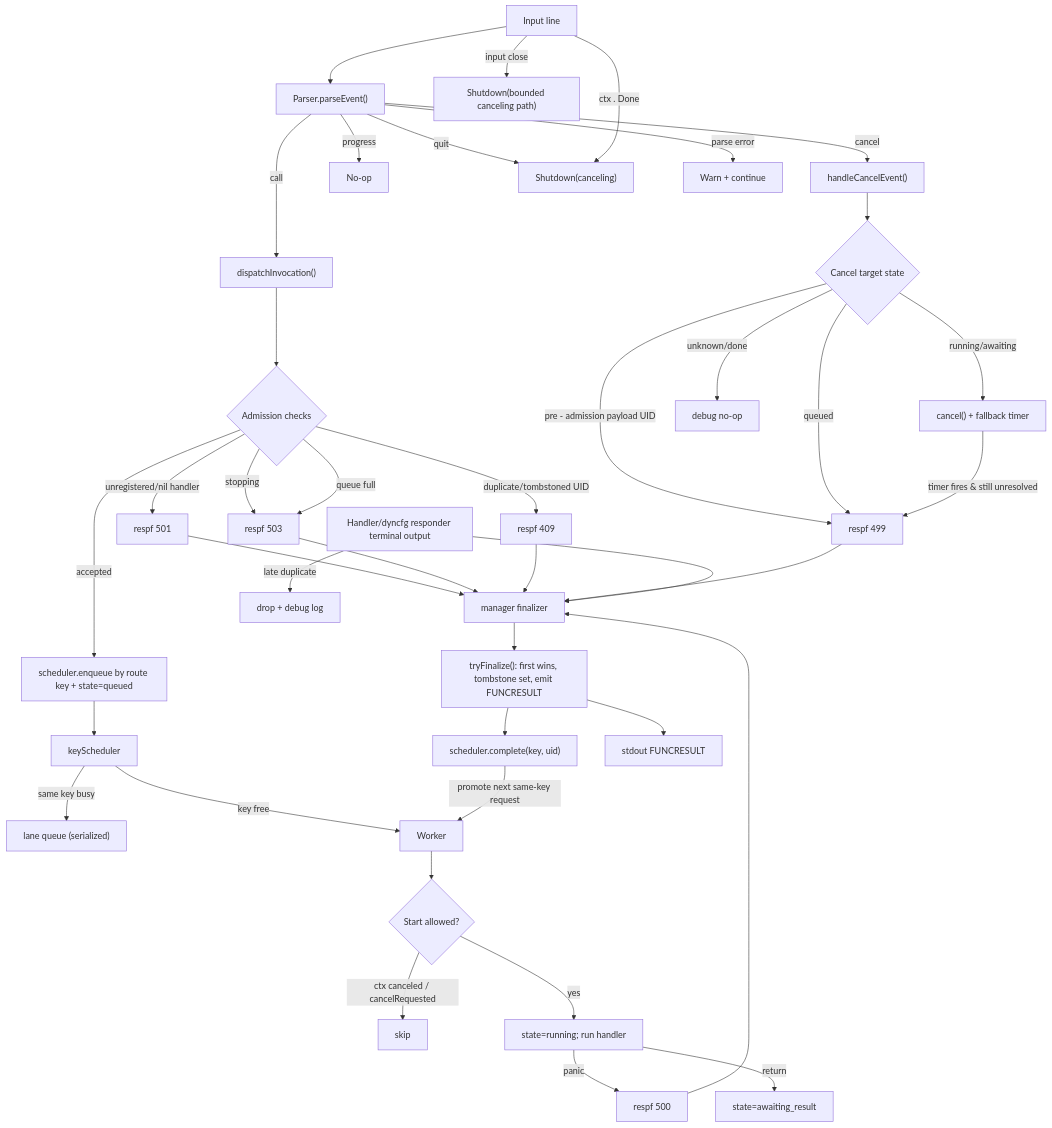
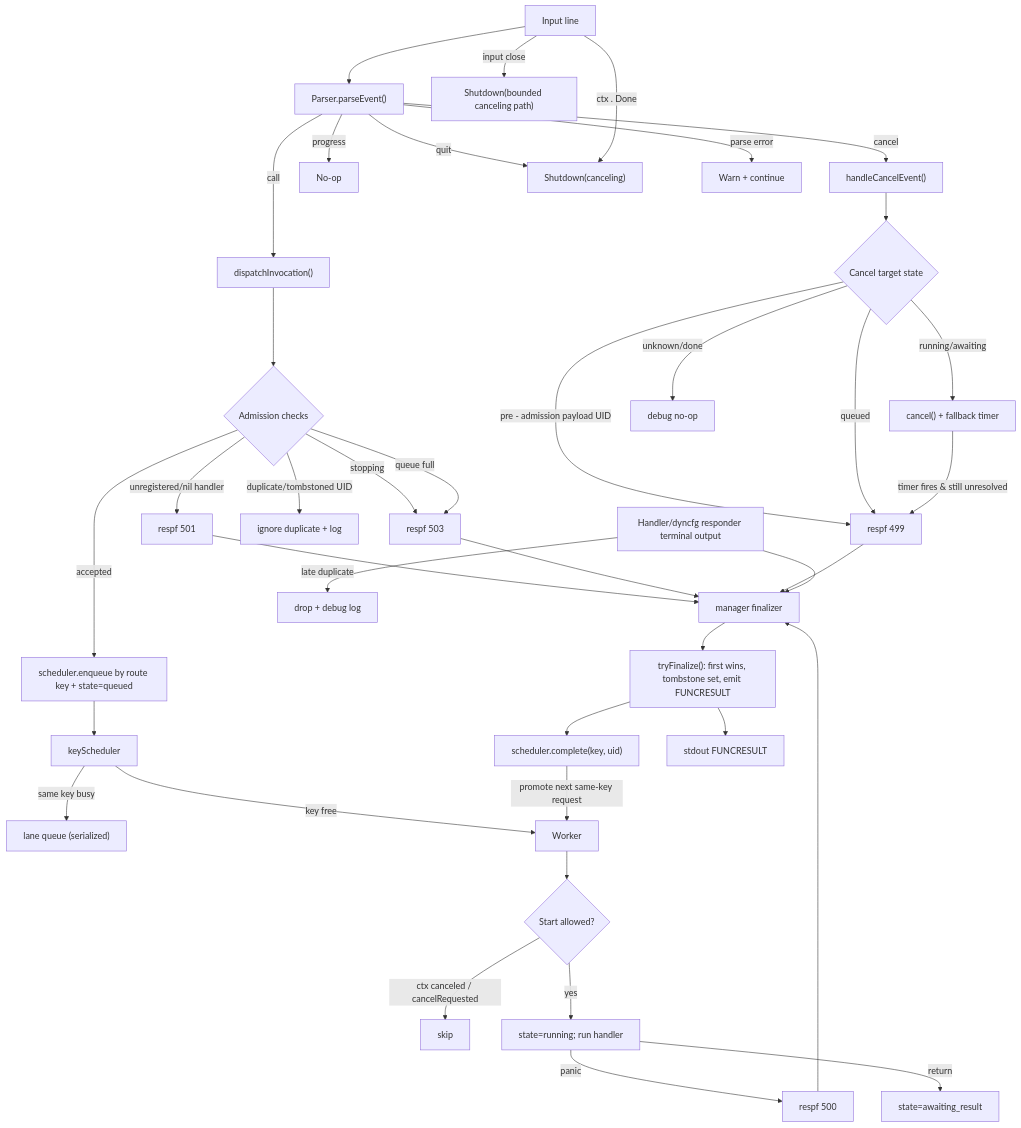
Before and after one commit to netdata/netdata: the diagram in src/go/plugin/framework/functions/README.md, drawn with Mermaid. The commit also changed other lines of this file and 2 other files, not shown here.

Commit message:
fix(functions): protect duplicate admission and finalize unresolved shutdown state

````diff
--- a/src/go/plugin/framework/functions/README.md
+++ b/src/go/plugin/framework/functions/README.md
@@ -148,42 +148,41 @@
 ```mermaid
 flowchart TD
     A["Input line"] --> B["Parser.parseEvent()"]
     B -->|call| C["dispatchInvocation()"]
     B -->|cancel| D["handleCancelEvent()"]
     B -->|progress| E["No-op"]
     B -->|quit| F["Shutdown(canceling)"]
     B -->|parse error| G["Warn + continue"]
     C --> C1{"Admission checks"}
     C1 -->|stopping| R503["respf 503"]
     C1 -->|unregistered/nil handler| R501["respf 501"]
-    C1 -->|duplicate/tombstoned UID| R409["respf 409"]
+    C1 -->|duplicate/tombstoned UID| DUP["ignore duplicate + log"]
     C1 -->|queue full| R503
     C1 -->|accepted| Q["scheduler.enqueue by route key + state=queued"]
     Q --> S["keyScheduler"]
     S -->|same key busy| SQ["lane queue (serialized)"]
     S -->|key free| W["Worker"]
     W --> W1{"Start allowed?"}
     W1 -->|ctx canceled / cancelRequested| X["skip"]
     W1 -->|yes| W2["state=running; run handler"]
     W2 -->|panic| R500["respf 500"]
     W2 -->|return| AWAIT["state=awaiting_result"]
     D --> D1{"Cancel target state"}
     D1 -->|pre - admission payload UID| C499["respf 499"]
     D1 -->|queued| C499
     D1 -->|running/awaiting| TMR["cancel() + fallback timer"]
     D1 -->|unknown/done| NOP["debug no-op"]
     TMR -->|timer fires & still unresolved| C499
     R501 --> FIN["manager finalizer"]
     R503 --> FIN
-    R409 --> FIN
     R500 --> FIN
     C499 --> FIN
     HRESP["Handler/dyncfg responder terminal output"] --> FIN
     FIN --> TF["tryFinalize(): first wins, tombstone set, emit FUNCRESULT"]
     TF --> SREL["scheduler.complete(key, uid)"]
     SREL -->|promote next same-key request| W
     TF --> OUT["stdout FUNCRESULT"]
     HRESP -->|late duplicate| DROP["drop + debug log"]
     A -->|ctx . Done| F
     A -->|input close| F2["Shutdown(bounded canceling path)"]
 ```
````
